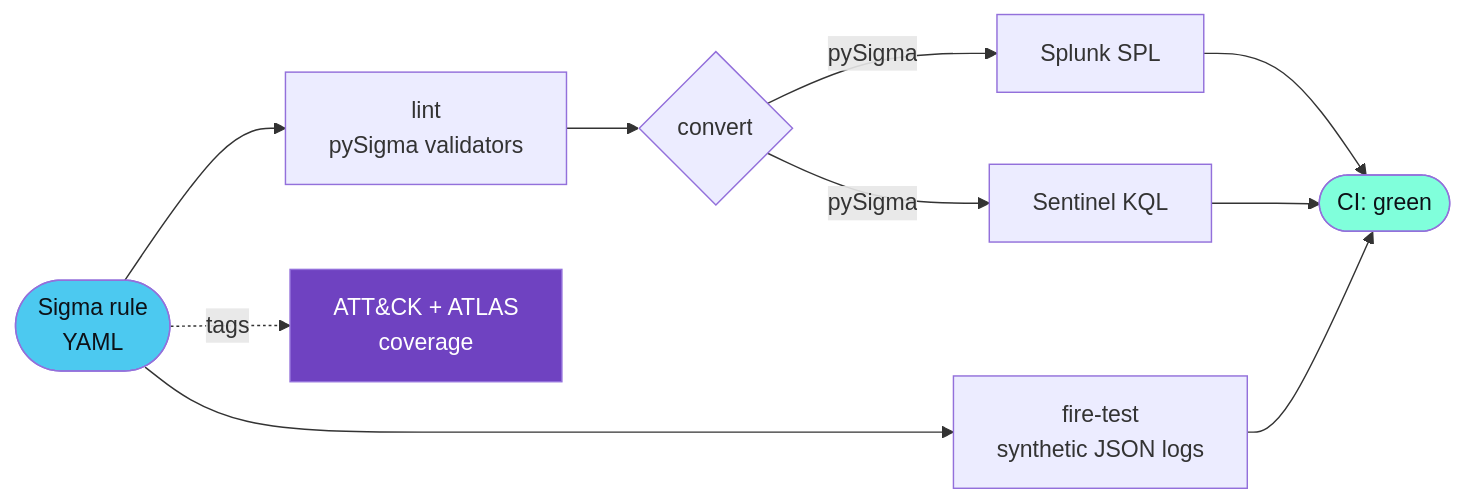
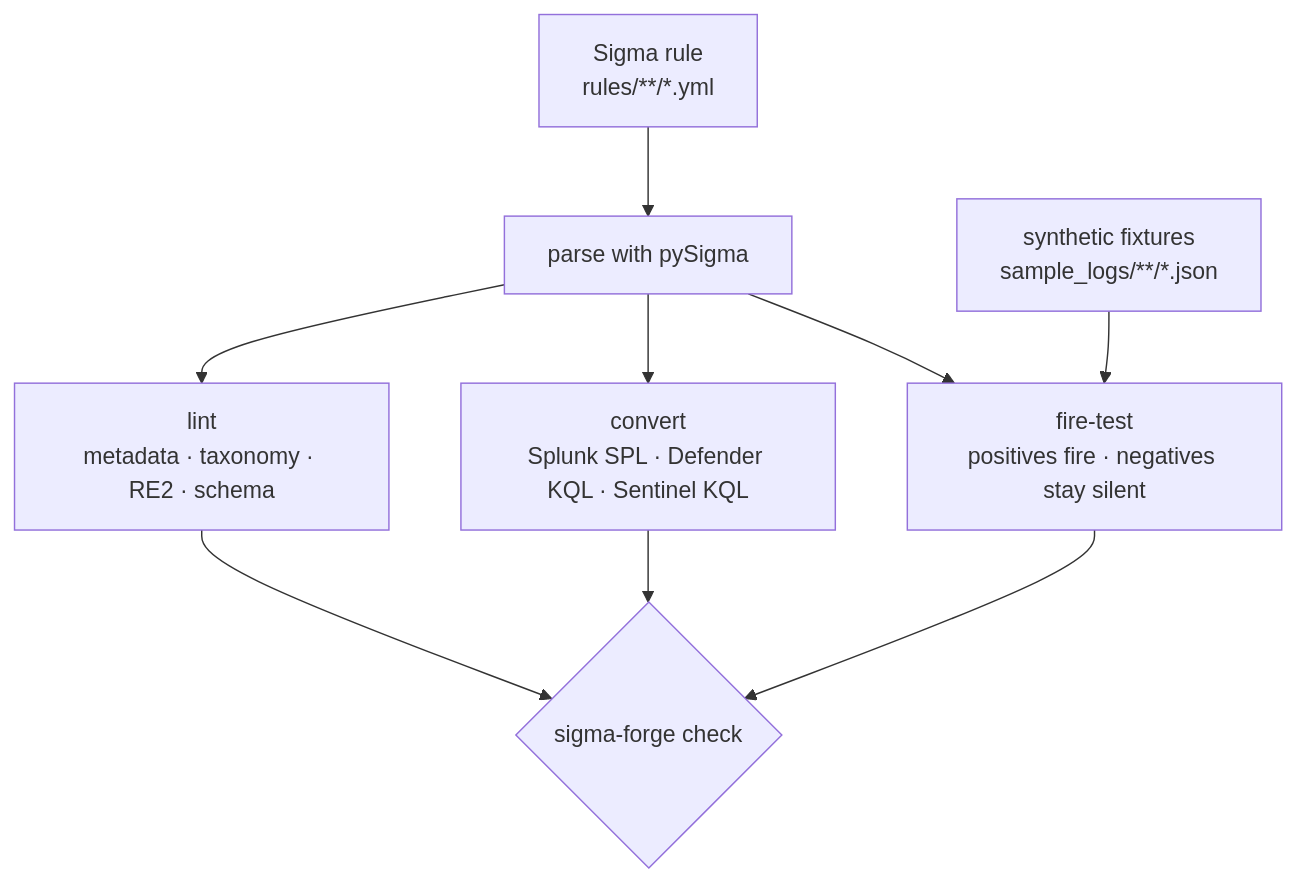
One commit to NotACop38/Sigma-Forge changed the diagram in README.md. Above: the diagram before and after it, drawn with Mermaid. The commit also changed other lines of this file and 120 other files, not shown here.

Commit message:
sigma-forge 0.2.0: one proven gate, ATT&CK v19, hardened evaluator, rewritten README (#25)

````diff
--- a/README.md
+++ b/README.md
@@ -58,15 +69,11 @@
 ```mermaid
-flowchart LR
-    A([Sigma rule<br/>YAML]) --> B[lint<br/>pySigma validators]
-    B --> C{convert}
-    C -->|pySigma| D[Splunk SPL]
-    C -->|pySigma| E[Sentinel KQL]
-    A --> F[fire-test<br/>synthetic JSON logs]
-    D --> G([CI: green])
-    E --> G
-    F --> G
-    A -. tags .-> H[ATT&CK + ATLAS<br/>coverage]
-    style A fill:#4cc9f0,color:#0d1117
-    style G fill:#80ffdb,color:#0d1117
-    style H fill:#6f42c1,color:#fff
+flowchart TB
+    R["Sigma rule<br/>rules/**/*.yml"] --> P["parse with pySigma"]
+    P --> L["lint<br/>metadata · taxonomy · RE2 · schema"]
+    P --> C["convert<br/>Splunk SPL · Defender KQL · Sentinel KQL"]
+    P --> F["fire-test<br/>positives fire · negatives stay silent"]
+    X["synthetic fixtures<br/>sample_logs/**/*.json"] --> F
+    L --> V{"sigma-forge check"}
+    C --> V
+    F --> V
 ```
````
